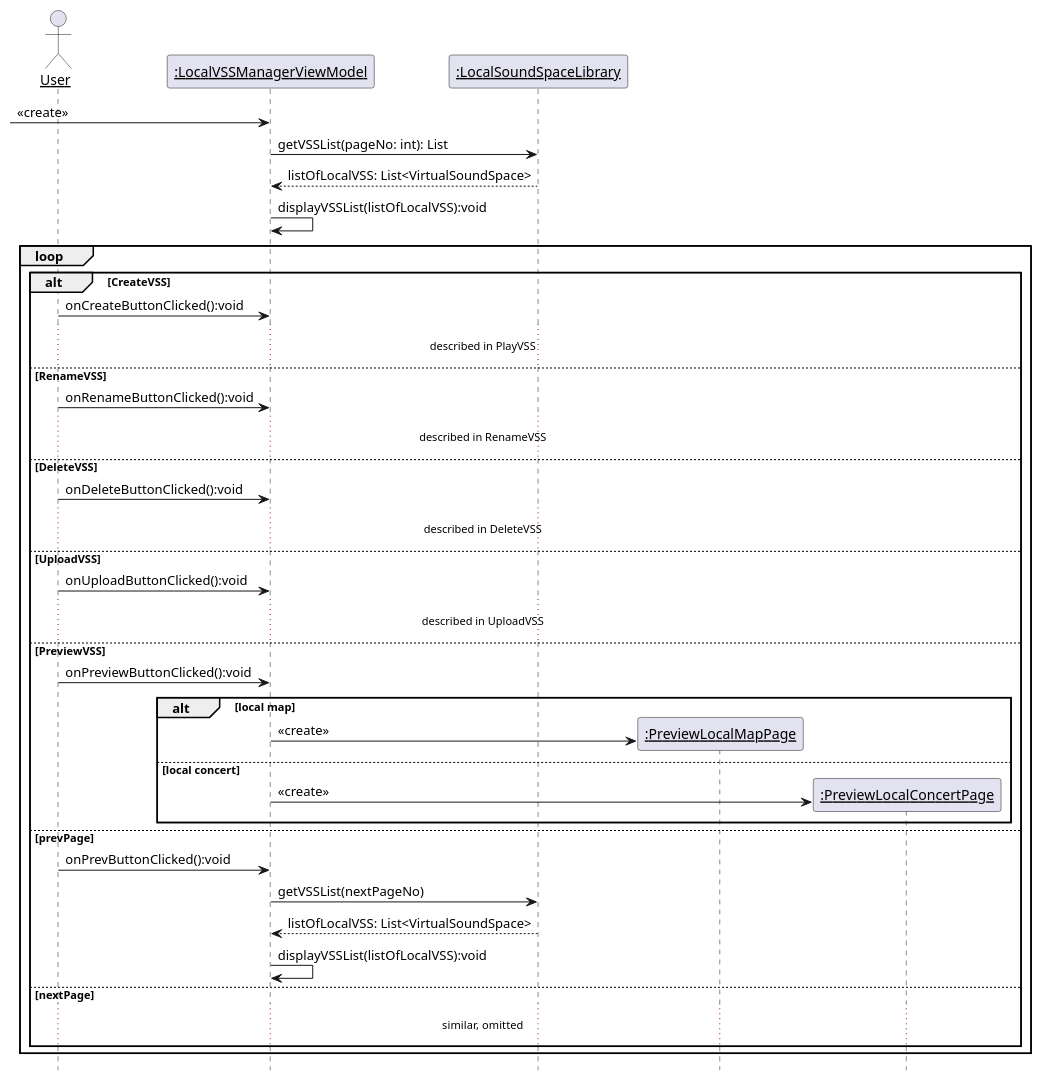
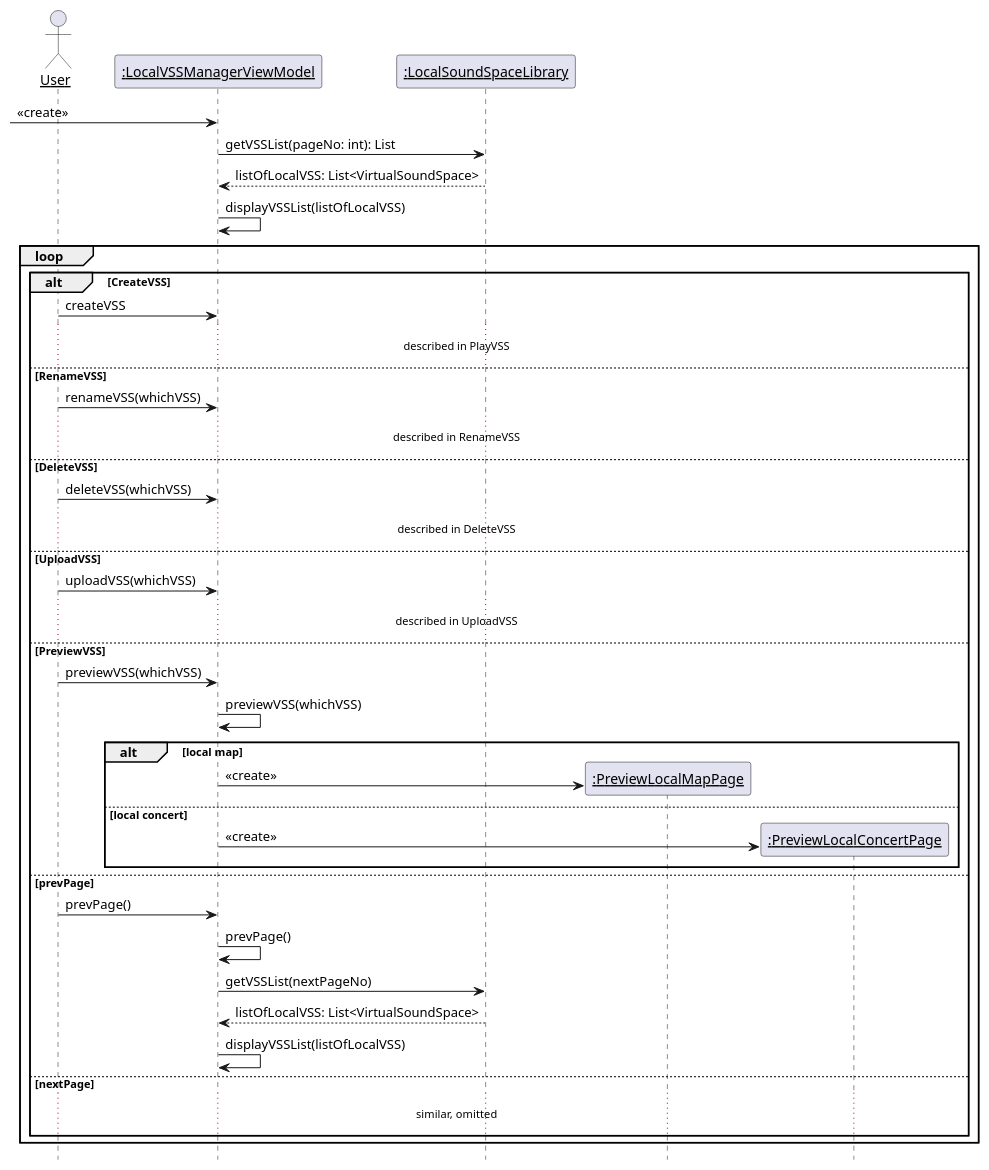
Before and after one commit to kpp19920121/doc: the eighth of 31 diagrams in 设计/顺序图.md, drawn with PlantUML. The commit also changed other lines of this file, not shown here.

Commit message:
补全了顺序图

````diff
--- a/设计/顺序图.md
+++ b/设计/顺序图.md
@@ -236,51 +227,53 @@
 ```PlantUML
 @startuml Diagrams/ManageLocalVSSLibrary
 hide footbox
 skinparam sequenceParticipant underline
 
 actor User as user
 participant ":LocalVSSManagerViewModel" as boundary
 participant ":LocalSoundSpaceLibrary" as library
 
 create boundary
 [-> boundary: <<create>>
 boundary -> library: getVSSList(pageNo: int): List
 library --> boundary: listOfLocalVSS: List<VirtualSoundSpace>
-boundary -> boundary: displayVSSList(listOfLocalVSS):void
+boundary -> boundary: displayVSSList(listOfLocalVSS)
 
 loop
     alt CreateVSS
-        user -> boundary: onCreateButtonClicked():void
+        user -> boundary: createVSS
         ...described in PlayVSS...
     else RenameVSS
-        user -> boundary: onRenameButtonClicked():void
+        user -> boundary: renameVSS(whichVSS)
         ...described in RenameVSS...
     else DeleteVSS
-        user -> boundary: onDeleteButtonClicked():void
+        user -> boundary: deleteVSS(whichVSS)
         ...described in DeleteVSS...
     else UploadVSS
-        user -> boundary: onUploadButtonClicked():void
+        user -> boundary: uploadVSS(whichVSS)
         ...described in UploadVSS...
     else PreviewVSS
-        user -> boundary: onPreviewButtonClicked():void
+        user -> boundary: previewVSS(whichVSS)
+        boundary -> boundary: previewVSS(whichVSS)
         alt local map
             participant ":PreviewLocalMapPage" as plmp
             create plmp
             boundary -> plmp: <<create>>
 
         else local concert
             participant ":PreviewLocalConcertPage" as plcp
             create plcp
             boundary -> plcp: <<create>>
         end
     else prevPage
-        user -> boundary: onPrevButtonClicked():void
+        user -> boundary: prevPage()
+        boundary -> boundary: prevPage()
         boundary -> library: getVSSList(nextPageNo)
         library --> boundary: listOfLocalVSS: List<VirtualSoundSpace>
-        boundary -> boundary: displayVSSList(listOfLocalVSS):void
+        boundary -> boundary: displayVSSList(listOfLocalVSS)
     else nextPage
     ...similar, omitted...
     end
 end
 @enduml
 ```
````
